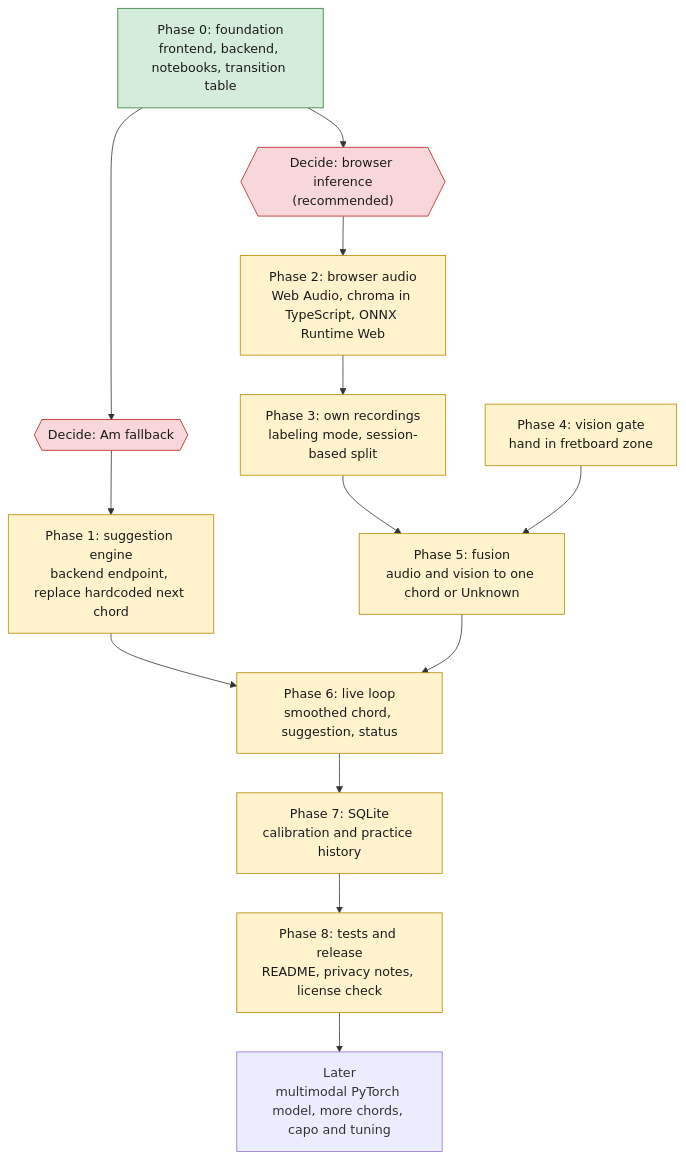
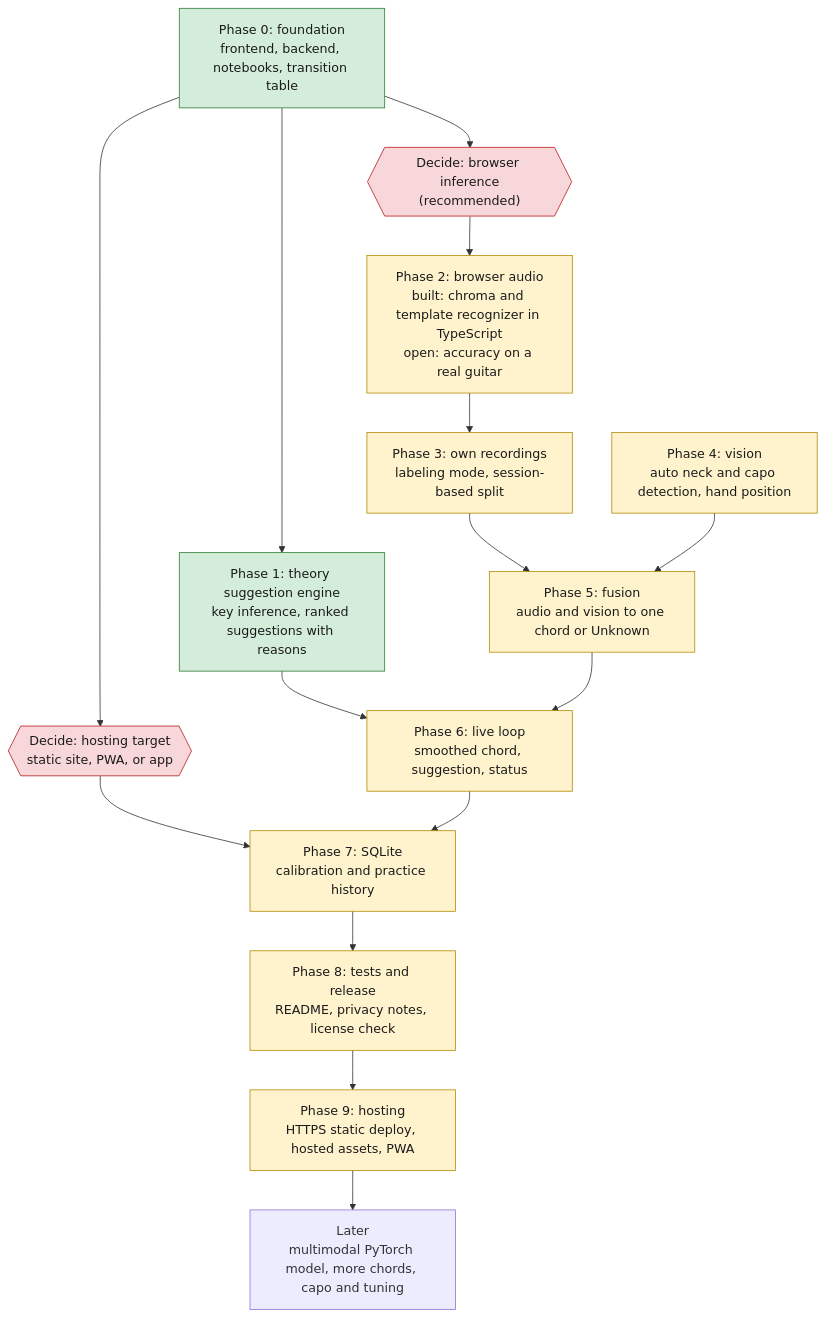
Before and after one commit to Arshan-Rafid/FretFly: the second of 2 diagrams in README.md, drawn with Mermaid. The commit also changed other lines of this file and 19 other files, not shown here.

First line of the commit message:
Add theory suggestion engine, chord library, capo, and browser audio recognition

````diff
--- a/README.md
+++ b/README.md
@@ -127,32 +144,35 @@
 ```mermaid
 flowchart TD
 	P0["Phase 0: foundation<br/>frontend, backend, notebooks, transition table"]:::done
-	D1{{"Decide: Am fallback"}}:::decision
 	D2{{"Decide: browser inference<br/>(recommended)"}}:::decision
-	P1["Phase 1: suggestion engine<br/>backend endpoint, replace hardcoded next chord"]:::next
-	P2["Phase 2: browser audio<br/>Web Audio, chroma in TypeScript, ONNX Runtime Web"]:::next
+	D3{{"Decide: hosting target<br/>static site, PWA, or app"}}:::decision
+	P1["Phase 1: theory suggestion engine<br/>key inference, ranked suggestions with reasons"]:::done
+	P2["Phase 2: browser audio<br/>built: chroma and template recognizer in TypeScript<br/>open: accuracy on a real guitar"]:::next
 	P3["Phase 3: own recordings<br/>labeling mode, session-based split"]:::next
-	P4["Phase 4: vision gate<br/>hand in fretboard zone"]:::next
+	P4["Phase 4: vision<br/>auto neck and capo detection, hand position"]:::next
 	P5["Phase 5: fusion<br/>audio and vision to one chord or Unknown"]:::next
 	P6["Phase 6: live loop<br/>smoothed chord, suggestion, status"]:::next
 	P7["Phase 7: SQLite<br/>calibration and practice history"]:::next
 	P8["Phase 8: tests and release<br/>README, privacy notes, license check"]:::next
+	P9["Phase 9: hosting<br/>HTTPS static deploy, hosted assets, PWA"]:::next
 	LATER["Later<br/>multimodal PyTorch model, more chords, capo and tuning"]
 
-	P0 --> D1
+	P0 --> P1
 	P0 --> D2
-	D1 --> P1
+	P0 --> D3
+	D3 --> P7
 	D2 --> P2
 	P2 --> P3
 	P3 --> P5
 	P4 --> P5
 	P1 --> P6
 	P5 --> P6
 	P6 --> P7
 	P7 --> P8
-	P8 --> LATER
+	P8 --> P9
+	P9 --> LATER
 
 	classDef done fill:#d4edda,stroke:#2e7d32,color:#1b1b1b
 	classDef next fill:#fff3cd,stroke:#b58900,color:#1b1b1b
 	classDef decision fill:#f8d7da,stroke:#b71c1c,color:#1b1b1b
 ```
````
